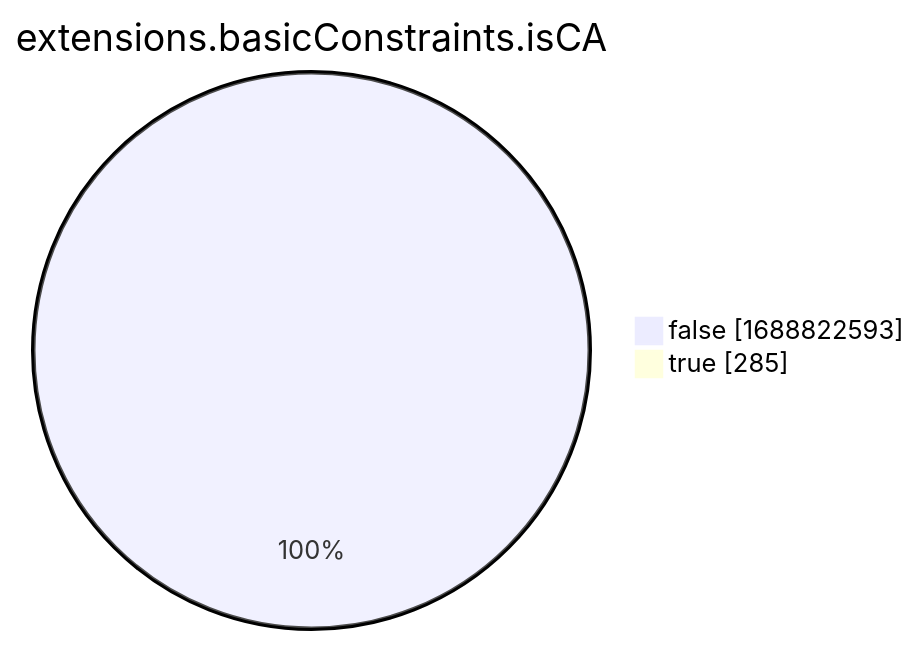
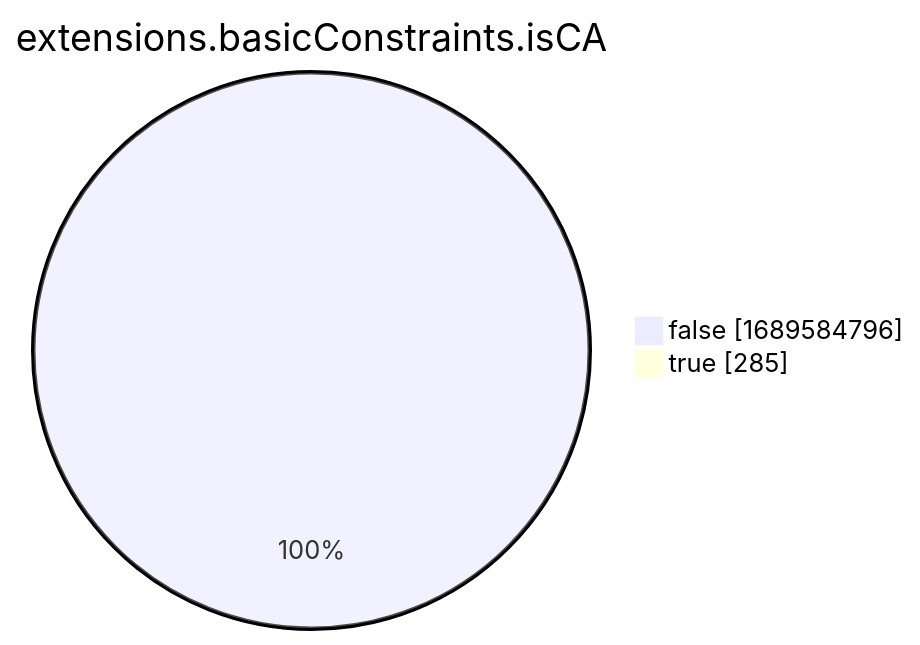
Before and after one commit to christiankrug/ctmonitor_visualization: the eighth of 15 diagrams in xenon2022/README.md, drawn with Mermaid. The commit also changed other lines of this file, not shown here.

````diff
--- a/xenon2022/README.md
+++ b/xenon2022/README.md
@@ -2865,6 +2865,6 @@
 ```mermaid
 pie showData
 title extensions.basicConstraints.isCA
-"false" :1688822593
+"false" :1689584796
 "true" :285
 ```
````
